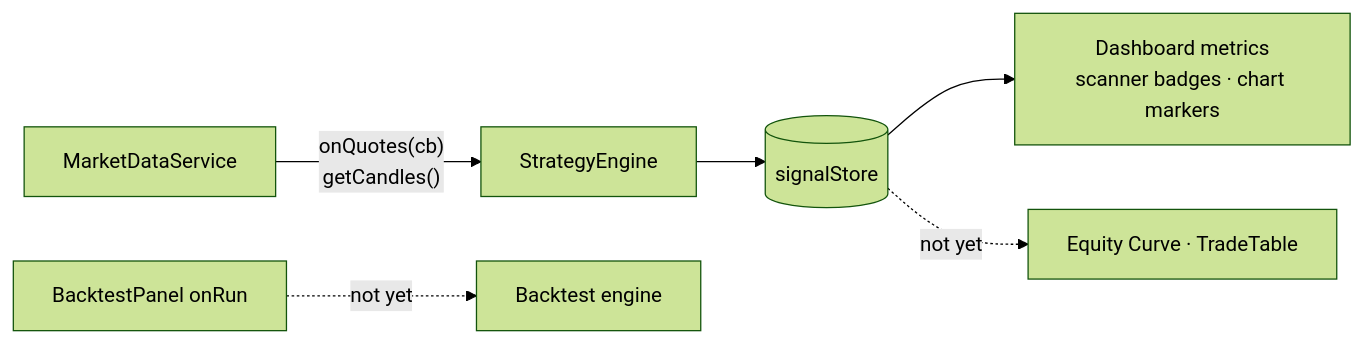
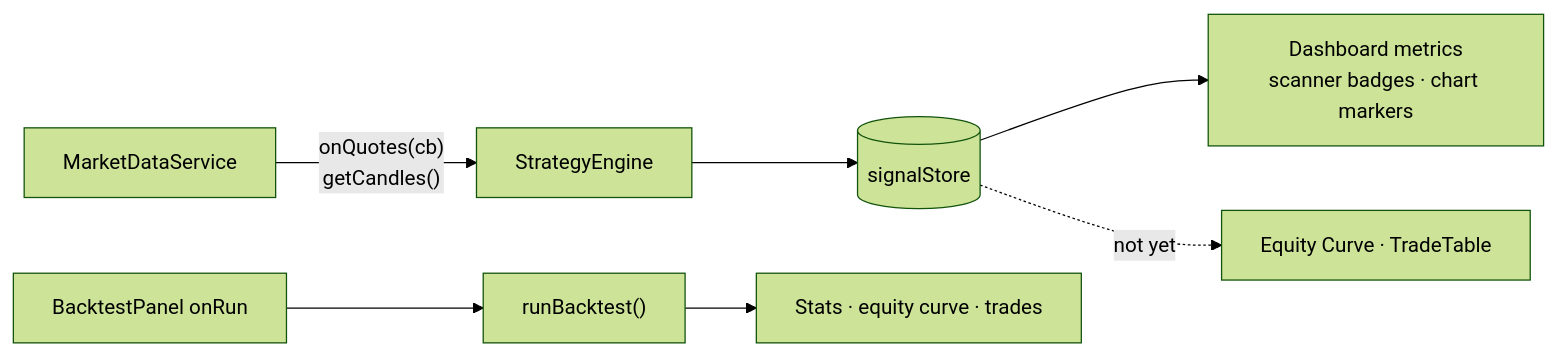
One commit to davide963-ux/ichialgo-ve-rea changed diagram 12 of 12 in README.md. Above: the diagram before and after it, drawn with Mermaid (forest theme). The commit also changed other lines of this file and 18 other files, not shown here.

First line of the commit message:
Fix credit starvation on Twelve Data, and make the backtest actually run (#6)

````diff
--- a/README.md
+++ b/README.md
@@ -527,7 +603,7 @@
 ```mermaid
 flowchart LR
     MDS[MarketDataService] -->|"onQuotes(cb)<br/>getCandles()"| SE[StrategyEngine]
     SE --> SS[(signalStore)] --> DB[Dashboard metrics<br/>scanner badges · chart markers]
     SS -.not yet.-> EQ[Equity Curve · TradeTable]
-    BT[BacktestPanel onRun] -.not yet.-> BE[Backtest engine]
+    BT[BacktestPanel onRun] --> BE["runBacktest()"] --> BR[Stats · equity curve · trades]
 ```
````
